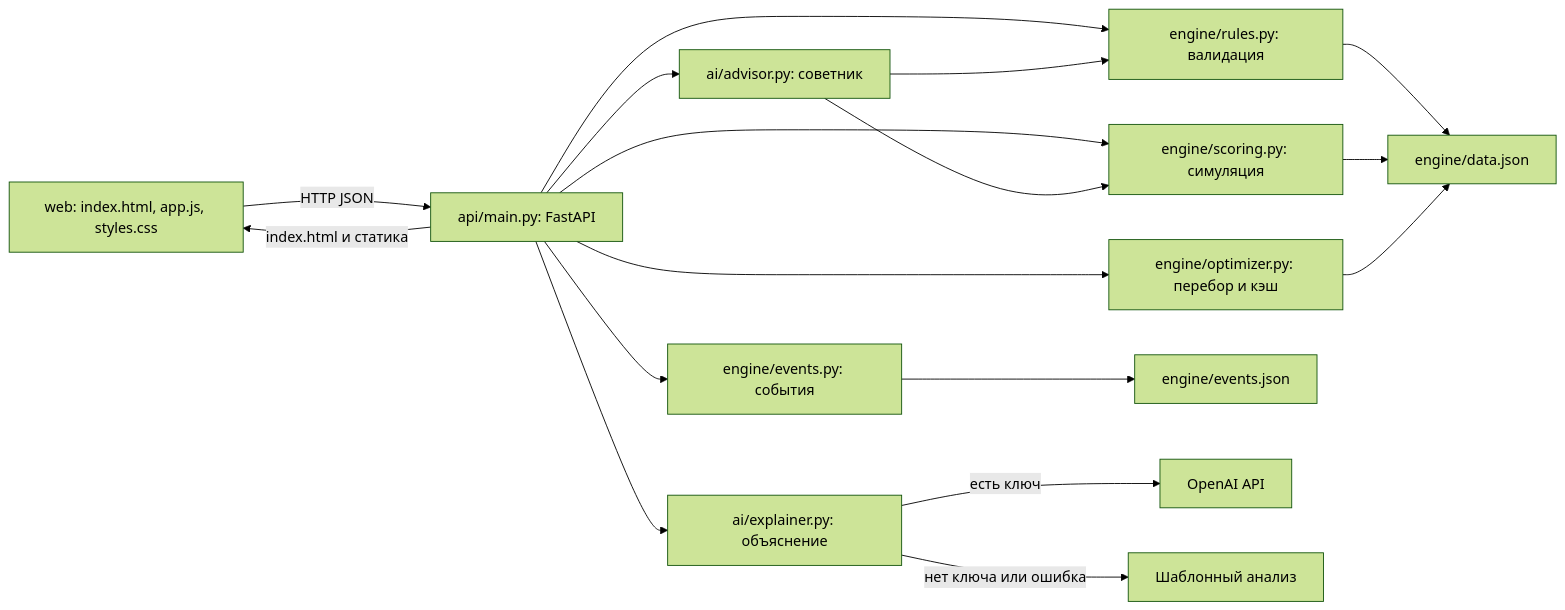
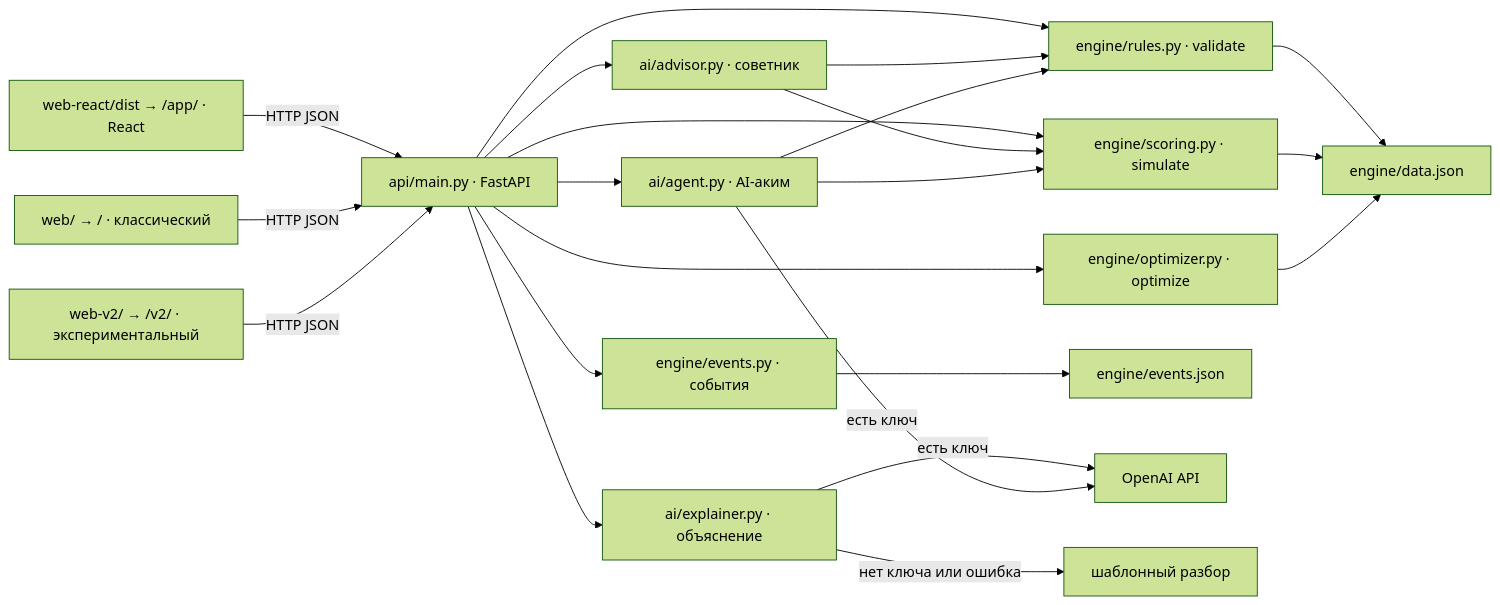
One commit to BAITC-Hacks/hack-bd38d477-devour changed the diagram in README.md. Above: the diagram before and after it, drawn with Mermaid (forest theme). The commit also changed other lines of this file, not shown here.

````diff
--- a/README.md
+++ b/README.md
@@ -170,19 +20,24 @@
 ```mermaid
 flowchart LR
-    U[web: index.html, app.js, styles.css] -->|HTTP JSON| A[api/main.py: FastAPI]
-    A -->|index.html и статика| U
-    A --> V[engine/rules.py: валидация]
-    A --> S[engine/scoring.py: симуляция]
-    A --> O[engine/optimizer.py: перебор и кэш]
-    A --> EV[engine/events.py: события]
-    V --> D[engine/data.json]
-    S --> D
-    O --> D
-    EV --> J[engine/events.json]
-    A --> X[ai/explainer.py: объяснение]
-    A --> R[ai/advisor.py: советник]
-    X -->|есть ключ| L[OpenAI API]
-    X -->|нет ключа или ошибка| FB[Шаблонный анализ]
-    R --> V
-    R --> S
+    R[web-react/dist → /app/ · React] -->|HTTP JSON| A[api/main.py · FastAPI]
+    W[web/ → / · классический] -->|HTTP JSON| A
+    V[web-v2/ → /v2/ · экспериментальный] -->|HTTP JSON| A
+    A --> E1[engine/rules.py · validate]
+    A --> E2[engine/scoring.py · simulate]
+    A --> E3[engine/optimizer.py · optimize]
+    A --> E4[engine/events.py · события]
+    E1 --> D[engine/data.json]
+    E2 --> D
+    E3 --> D
+    E4 --> J[engine/events.json]
+    A --> X[ai/explainer.py · объяснение]
+    A --> S[ai/advisor.py · советник]
+    A --> G[ai/agent.py · AI-аким]
+    X -->|есть ключ| O[OpenAI API]
+    G -->|есть ключ| O
+    X -->|нет ключа или ошибка| F[шаблонный разбор]
+    S --> E1
+    S --> E2
+    G --> E1
+    G --> E2
 ```
````
